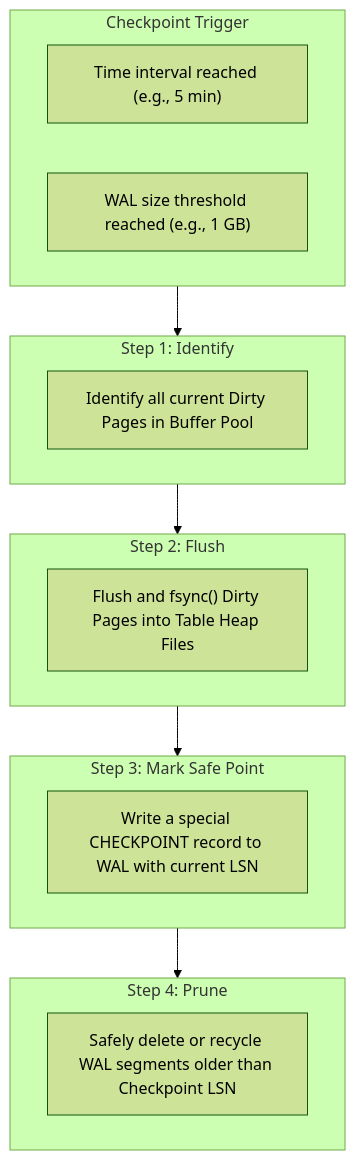
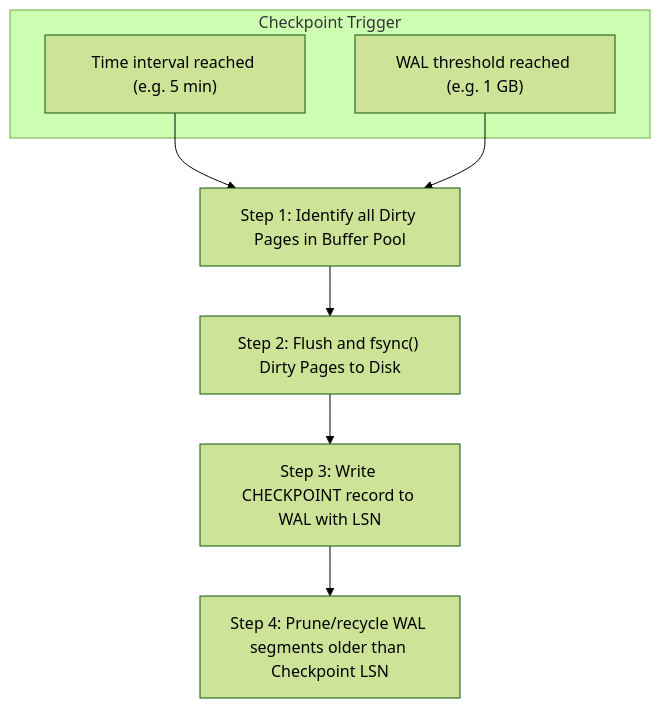
One commit to MohdMusaiyab/system-design changed the fourth of 4 diagrams in Databases/03_Database_Internals.md. Above: the diagram before and after it, drawn with Mermaid (forest theme). The commit also changed other lines of this file and 6 other files, not shown here.

````diff
--- a/Databases/03_Database_Internals.md
+++ b/Databases/03_Database_Internals.md
@@ -420,25 +420,16 @@
 ```mermaid
 flowchart TD
     subgraph Trigger["Checkpoint Trigger"]
-        T1["Time interval reached (e.g., 5 min)"]
-        T2["WAL size threshold reached (e.g., 1 GB)"]
+        T1["Time interval reached (e.g. 5 min)"]
+        T2["WAL threshold reached (e.g. 1 GB)"]
     end
 
-    subgraph Step1["Step 1: Identify"]
-        S1["Identify all current Dirty Pages in Buffer Pool"]
-    end
+    S1["Step 1: Identify all Dirty Pages in Buffer Pool"]
+    S2["Step 2: Flush and fsync() Dirty Pages to Disk"]
+    S3["Step 3: Write CHECKPOINT record to WAL with LSN"]
+    S4["Step 4: Prune/recycle WAL segments older than Checkpoint LSN"]
 
-    subgraph Step2["Step 2: Flush"]
-        S2["Flush and fsync() Dirty Pages into Table Heap Files"]
-    end
-
-    subgraph Step3["Step 3: Mark Safe Point"]
-        S3["Write a special CHECKPOINT record to WAL with current LSN"]
-    end
-
-    subgraph Step4["Step 4: Prune"]
-        S4["Safely delete or recycle WAL segments older than Checkpoint LSN"]
-    end
-
-    Trigger --> Step1 --> Step2 --> Step3 --> Step4
+    T1 --> S1
+    T2 --> S1
+    S1 --> S2 --> S3 --> S4
 ```
````
